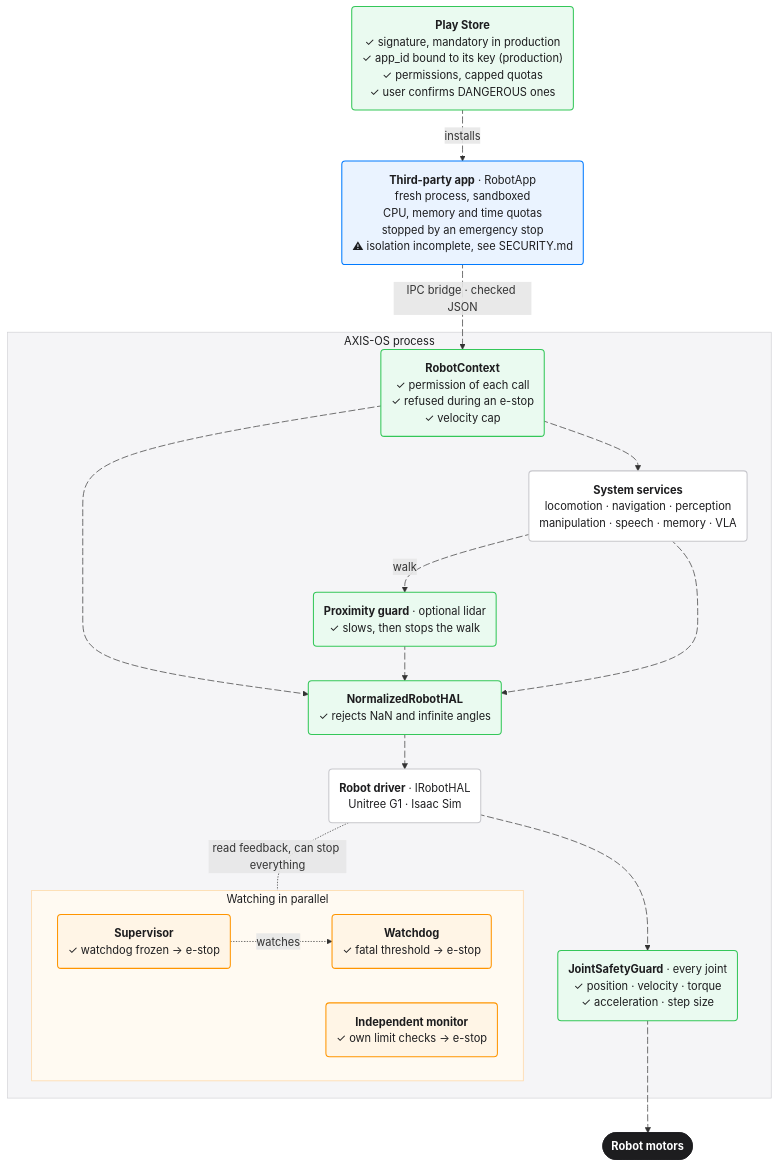
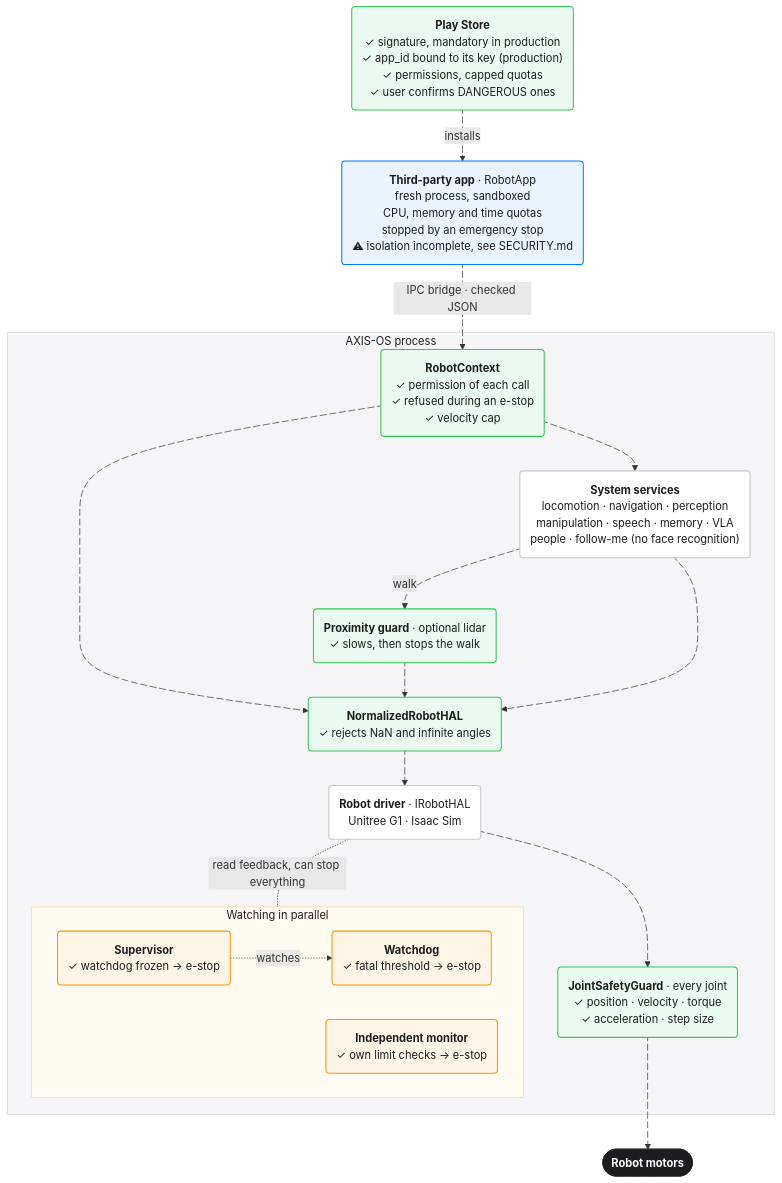
The diagram in README.md (OS-AXIS/AXIS-OS), drawn with Mermaid before and after one commit. The commit also changed other lines of this file and 17 other files, not shown here.

````diff
--- a/README.md
+++ b/README.md
@@ -50,66 +50,66 @@
 ```mermaid
 ---
 config:
   layout: dagre
   fontFamily: "-apple-system, BlinkMacSystemFont, 'SF Pro Text', 'Helvetica Neue', Helvetica, Arial, sans-serif"
   flowchart:
     wrappingWidth: 320
   themeCSS: ".node rect, .cluster rect { rx: 14px; ry: 14px; } .edgeLabel foreignObject { overflow: visible; } .labelBkg { background: none; } .labelBkg .edgeLabel { display: inline-block; padding: 0 8px; border-radius: 999px; background: #ffffff; border: 1px solid #d2d2d7; color: #3a3a3c; } .labelBkg .edgeLabel p { background: none; margin: 0; } .labelBkg .edgeLabel:empty { display: none; } .flowchart-link { stroke: #8e8e93; stroke-width: 1.3px; } .marker { fill: #8e8e93; stroke: #8e8e93; } .edge-animation-fast { stroke: #007aff; stroke-dasharray: 0 20 !important; stroke-width: 5px; } @media (prefers-reduced-motion: reduce) { .edge-animation-fast { animation: none; } }"
 ---
 flowchart TB
     PS("<b>Play Store</b><br/>✓ signature, mandatory in production<br/>✓ app_id bound to its key (production)<br/>✓ permissions, capped quotas<br/>✓ user confirms DANGEROUS ones")
 
     A("<b>Third-party app</b> · RobotApp<br/>fresh process, sandboxed<br/>CPU, memory and time quotas<br/>stopped by an emergency stop<br/>⚠ isolation incomplete, see SECURITY.md")
 
     subgraph OS["AXIS-OS process"]
         CTX("<b>RobotContext</b><br/>✓ permission of each call<br/>✓ refused during an e-stop<br/>✓ velocity cap")
-        SV("<b>System services</b><br/>locomotion · navigation · perception<br/>manipulation · speech · memory · VLA")
+        SV("<b>System services</b><br/>locomotion · navigation · perception<br/>manipulation · speech · memory · VLA<br/>people · follow-me (no face recognition)")
         G("<b>Proximity guard</b> · optional lidar<br/>✓ slows, then stops the walk")
         N("<b>NormalizedRobotHAL</b><br/>✓ rejects NaN and infinite angles")
         D("<b>Robot driver</b> · IRobotHAL<br/>Unitree G1 · Isaac Sim")
         J("<b>JointSafetyGuard</b> · every joint<br/>✓ position · velocity · torque<br/>✓ acceleration · step size")
         subgraph MON["Watching in parallel"]
             W("<b>Watchdog</b><br/>✓ fatal threshold → e-stop")
             SU("<b>Supervisor</b><br/>✓ watchdog frozen → e-stop")
             IM("<b>Independent monitor</b><br/>✓ own limit checks → e-stop")
         end
     end
 
     R(["<b>Robot motors</b>"])
 
     PS e1@-->|installs| A
     A e2@-->|"IPC bridge · checked JSON"| CTX
     CTX e3@--> SV
     CTX e4@--> N
     SV e5@-->|walk| G
     G e6@--> N
     SV e7@--> N
     N e8@--> D
     D e9@--> J
     J e10@--> R
     SU -.->|watches| W
     D -.-|"read feedback, can stop everything"| MON
 
     e1@{ animate: true }
     e2@{ animate: true }
     e3@{ animate: true }
     e4@{ animate: true }
     e5@{ animate: true }
     e6@{ animate: true }
     e7@{ animate: true }
     e8@{ animate: true }
     e9@{ animate: true }
     e10@{ animate: true }
     classDef app fill:#eaf3ff,stroke:#007aff,stroke-width:1.5px,color:#1d1d1f
     classDef check fill:#eafaf0,stroke:#34c759,stroke-width:1.5px,color:#1d1d1f
     classDef watch fill:#fff5e6,stroke:#ff9500,stroke-width:1.5px,color:#1d1d1f
     classDef plain fill:#ffffff,stroke:#c7c7cc,stroke-width:1.5px,color:#1d1d1f
     classDef motor fill:#1d1d1f,stroke:#1d1d1f,color:#ffffff
     class A app
     class PS,CTX,G,N,J check
     class W,SU,IM watch
     class SV,D plain
     class R motor
     style OS fill:#f5f5f7,stroke:#d2d2d7,color:#1d1d1f
     style MON fill:#fffaf2,stroke:#ffd59e,color:#1d1d1f
 ```
````
